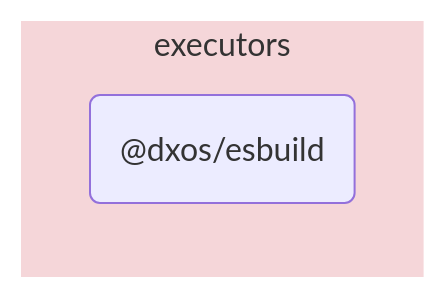
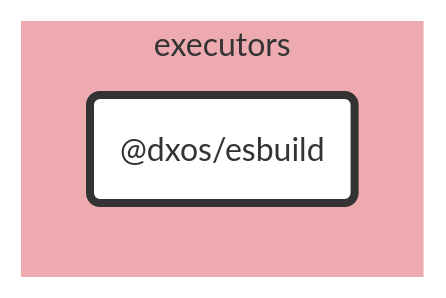
Before and after one commit to dxos/dxos: the diagram in tools/executors/esbuild/docs/README.md, drawn with Mermaid. The commit also changed other lines of this file and 89 other files, not shown here.

````diff
--- a/tools/executors/esbuild/docs/README.md
+++ b/tools/executors/esbuild/docs/README.md
@@ -5,9 +7,25 @@
 ```mermaid
-flowchart LR;
+%%{ init: {'flowchart':{'curve':'basis'}} }%%
 
+flowchart LR
+
+%% Links
+
+%% Sections
 subgraph executors
-  style executors fill:#f5d6d9,stroke:#fff;
-  dxos/esbuild("@dxos/esbuild");
+  style executors fill:#edabb0,stroke:#fff;
+
+  dxos/esbuild("@dxos/esbuild")
 end
 
+
+%% Hyperlinks
+
+%% Styles
+classDef rootNode fill:#fff,stroke:#333,stroke-width:4px
+classDef defaultNode fill:#fff,stroke:#333,stroke-width:1px
+linkStyle default stroke:#333,stroke-width:1px
+
+dxos/esbuild:::rootNode
+
 ```
````
